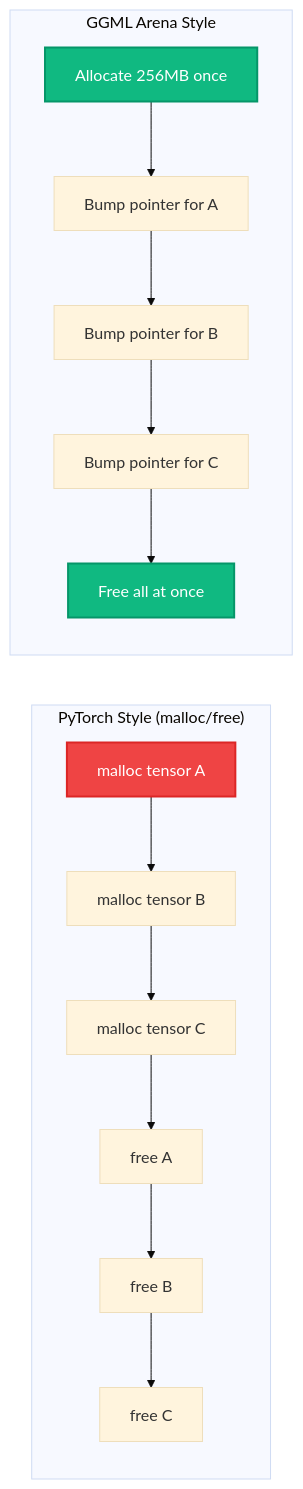
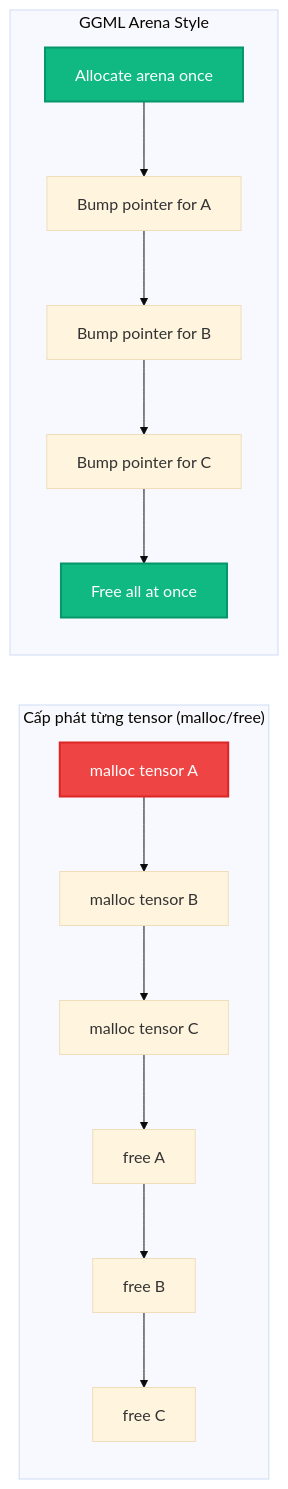
The first of 2 diagrams in docs/lesson_1_ggml_tensor_library.md (tuandung222/llama-cpp-architecture-lectures), drawn with Mermaid (base theme) before and after one commit. The commit also changed other lines of this file and 10 other files, not shown here.

````diff
--- a/docs/lesson_1_ggml_tensor_library.md
+++ b/docs/lesson_1_ggml_tensor_library.md
@@ -185,21 +221,21 @@
 ```mermaid
 graph LR
-    subgraph "PyTorch Style (malloc/free)"
+    subgraph "Cấp phát từng tensor (malloc/free)"
         M1[malloc tensor A] --> M2[malloc tensor B]
         M2 --> M3[malloc tensor C]
         M3 --> M4[free A]
         M4 --> M5[free B]
         M5 --> M6[free C]
     end
 
     subgraph "GGML Arena Style"
-        A1[Allocate 256MB once] --> A2[Bump pointer for A]
+        A1[Allocate arena once] --> A2[Bump pointer for A]
         A2 --> A3[Bump pointer for B]
         A3 --> A4[Bump pointer for C]
         A4 --> A5[Free all at once]
     end
 
     style M1 fill:#ef4444,stroke:#dc2626,stroke-width:2px,color:#fff
     style A1 fill:#10b981,stroke:#059669,stroke-width:2px,color:#fff
     style A5 fill:#10b981,stroke:#059669,stroke-width:2px,color:#fff
 ```
````
